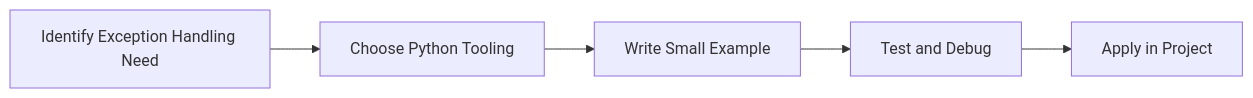
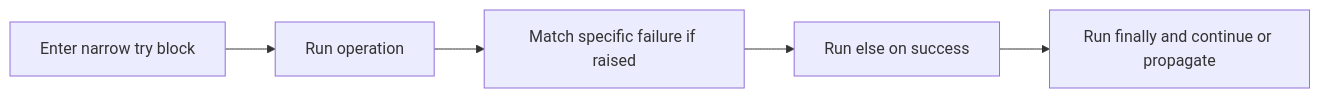
One commit to SYMOIZ/E-Learning-Portal changed the diagram in Python-Mastery/Beginner/32-exception-handling.md. Above: the diagram before and after it, drawn with Mermaid. The commit also changed other lines of this file and 116 other files, not shown here.

````diff
--- a/Python-Mastery/Beginner/32-exception-handling.md
+++ b/Python-Mastery/Beginner/32-exception-handling.md
@@ -141,7 +164,12 @@
 ```mermaid
 flowchart LR
-    A[Identify Exception Handling Need] --> B[Choose Python Tooling]
-    B --> C[Write Small Example]
-    C --> D[Test and Debug]
-    D --> E[Apply in Project]
+    A[Enter narrow try block]
+    B[Run operation]
+    C[Match specific failure if raised]
+    D[Run else on success]
+    E[Run finally and continue or propagate]
+    A --> B
+    B --> C
+    C --> D
+    D --> E
 ```
````
